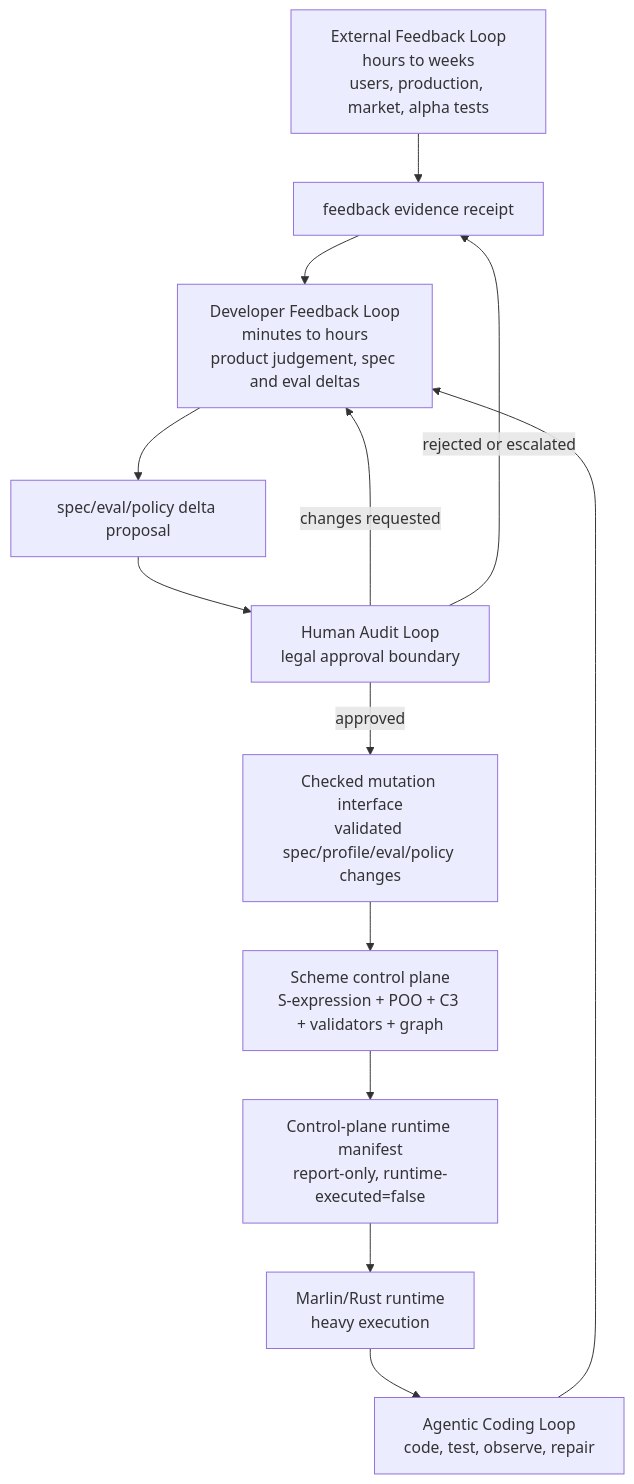
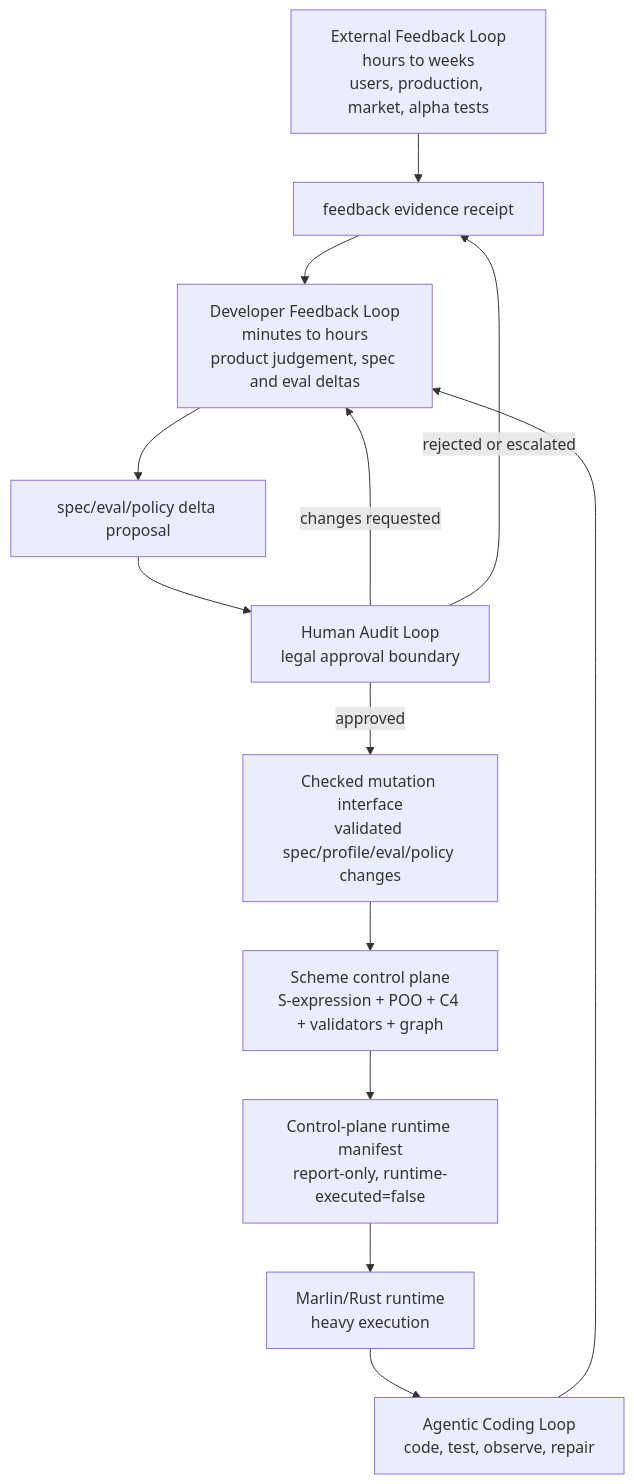
One commit to tao3k/poo-flow changed the first of 3 diagrams in docs/10-19-design/10.06-poo-module-system/52-three-loop-human-audit-runtime-plan.org. Above: the diagram before and after it, drawn with Mermaid. The commit also changed other lines of this file and 514 other files, not shown here.

```diff
--- a/docs/10-19-design/10.06-poo-module-system/52-three-loop-human-audit-runtime-plan.org
+++ b/docs/10-19-design/10.06-poo-module-system/52-three-loop-human-audit-runtime-plan.org
@@ -52,24 +52,24 @@
 #+begin_src mermaid
 flowchart TD
   ExternalLoop["External Feedback Loop\nhours to weeks\nusers, production, market, alpha tests"]
   DeveloperLoop["Developer Feedback Loop\nminutes to hours\nproduct judgement, spec and eval deltas"]
   HumanAudit["Human Audit Loop\nlegal approval boundary"]
   CheckedInterface["Checked mutation interface\nvalidated spec/profile/eval/policy changes"]
-  ControlPlane["Scheme control plane\nS-expression + POO + C3 + validators + graph"]
+  ControlPlane["Scheme control plane\nS-expression + POO + C4 + validators + graph"]
   Manifest["Control-plane runtime manifest\nreport-only, runtime-executed=false"]
   Marlin["Marlin/Rust runtime\nheavy execution"]
   CodingLoop["Agentic Coding Loop\ncode, test, observe, repair"]
 
   ExternalLoop --> Evidence["feedback evidence receipt"]
   Evidence --> DeveloperLoop
   DeveloperLoop --> Proposal["spec/eval/policy delta proposal"]
   Proposal --> HumanAudit
   HumanAudit -->|approved| CheckedInterface
   HumanAudit -->|changes requested| DeveloperLoop
   HumanAudit -->|rejected or escalated| Evidence
   CheckedInterface --> ControlPlane
   ControlPlane --> Manifest
   Manifest --> Marlin
   Marlin --> CodingLoop
   CodingLoop --> DeveloperLoop
 #+end_src
```
